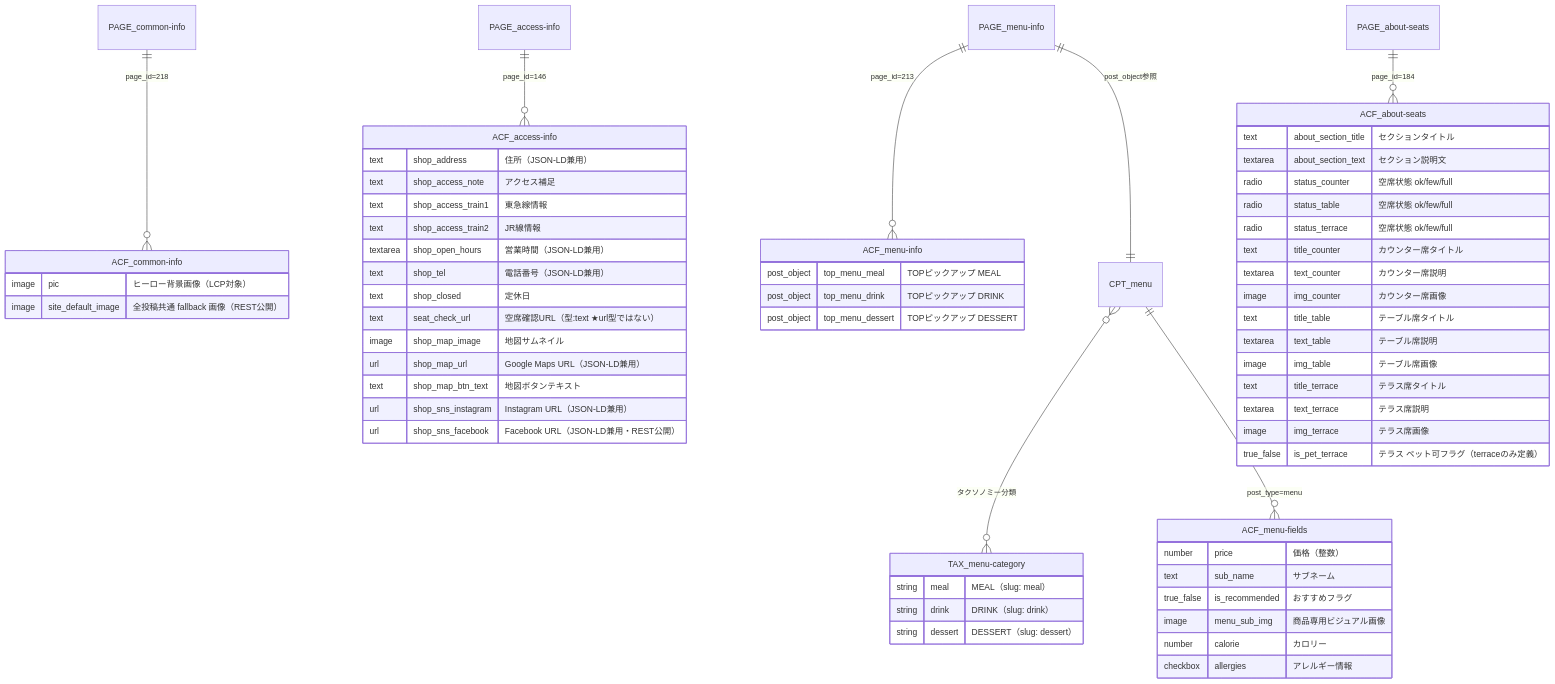
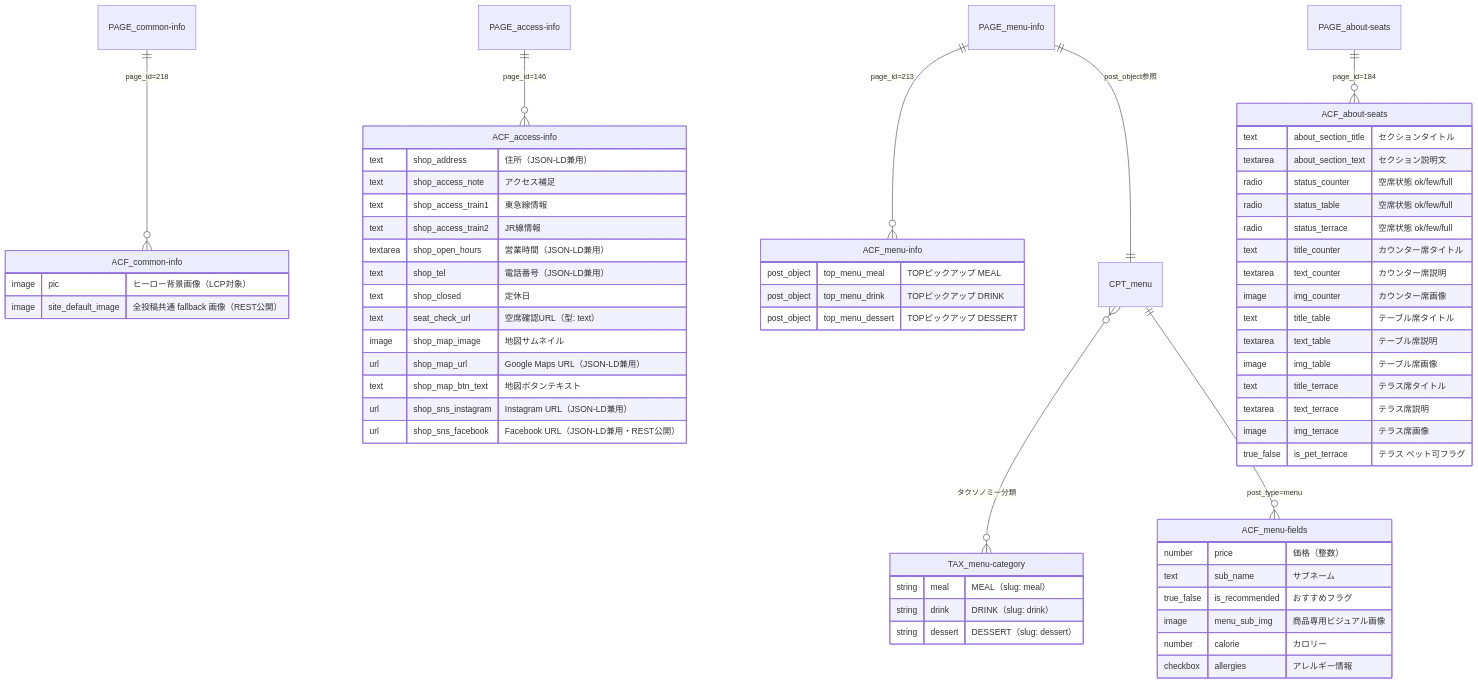
The second of 2 diagrams in docs/HanaCAFE nappa69 プロジェクト仕様書.md (a-san-un/wordpress-hanacafe), drawn with Mermaid before and after one commit. The commit also changed other lines of this file, not shown here.

````diff
--- a/docs/HanaCAFE nappa69 プロジェクト仕様書.md
+++ b/docs/HanaCAFE nappa69 プロジェクト仕様書.md
@@ -141,72 +121,72 @@
 ```mermaid
 erDiagram
     PAGE_common-info ||--o{ ACF_common-info : "page_id=218"
     PAGE_access-info ||--o{ ACF_access-info : "page_id=146"
     PAGE_menu-info   ||--o{ ACF_menu-info   : "page_id=213"
     PAGE_about-seats ||--o{ ACF_about-seats : "page_id=184"
 
     CPT_menu }o--o{ TAX_menu-category : "タクソノミー分類"
     CPT_menu ||--o{ ACF_menu-fields   : "post_type=menu"
 
     PAGE_menu-info ||--|| CPT_menu : "post_object参照"
 
     ACF_common-info {
         image  pic                "ヒーロー背景画像（LCP対象）"
         image  site_default_image "全投稿共通 fallback 画像（REST公開）"
     }
 
     ACF_access-info {
         text     shop_address       "住所（JSON-LD兼用）"
         text     shop_access_note   "アクセス補足"
         text     shop_access_train1 "東急線情報"
         text     shop_access_train2 "JR線情報"
         textarea shop_open_hours    "営業時間（JSON-LD兼用）"
         text     shop_tel           "電話番号（JSON-LD兼用）"
         text     shop_closed        "定休日"
-        text     seat_check_url     "空席確認URL（型:text ★url型ではない）"
+        text     seat_check_url     "空席確認URL（型: text）"
         image    shop_map_image     "地図サムネイル"
         url      shop_map_url       "Google Maps URL（JSON-LD兼用）"
         text     shop_map_btn_text  "地図ボタンテキスト"
         url      shop_sns_instagram "Instagram URL（JSON-LD兼用）"
         url      shop_sns_facebook  "Facebook URL（JSON-LD兼用・REST公開）"
     }
 
     ACF_menu-info {
         post_object top_menu_meal    "TOPピックアップ MEAL"
         post_object top_menu_drink   "TOPピックアップ DRINK"
         post_object top_menu_dessert "TOPピックアップ DESSERT"
     }
 
     ACF_about-seats {
         text       about_section_title "セクションタイトル"
         textarea   about_section_text  "セクション説明文"
         radio      status_counter      "空席状態 ok/few/full"
         radio      status_table        "空席状態 ok/few/full"
         radio      status_terrace      "空席状態 ok/few/full"
         text       title_counter       "カウンター席タイトル"
         textarea   text_counter        "カウンター席説明"
         image      img_counter         "カウンター席画像"
         text       title_table         "テーブル席タイトル"
         textarea   text_table          "テーブル席説明"
         image      img_table           "テーブル席画像"
         text       title_terrace       "テラス席タイトル"
         textarea   text_terrace        "テラス席説明"
         image      img_terrace         "テラス席画像"
-        true_false is_pet_terrace      "テラス ペット可フラグ（terraceのみ定義）"
+        true_false is_pet_terrace      "テラス ペット可フラグ"
     }
 
     ACF_menu-fields {
         number     price          "価格（整数）"
         text       sub_name       "サブネーム"
         true_false is_recommended "おすすめフラグ"
         image      menu_sub_img   "商品専用ビジュアル画像"
         number     calorie        "カロリー"
         checkbox   allergies      "アレルギー情報"
     }
 
     TAX_menu-category {
         string meal    "MEAL（slug: meal）"
         string drink   "DRINK（slug: drink）"
         string dessert "DESSERT（slug: dessert）"
     }
 ```
````
